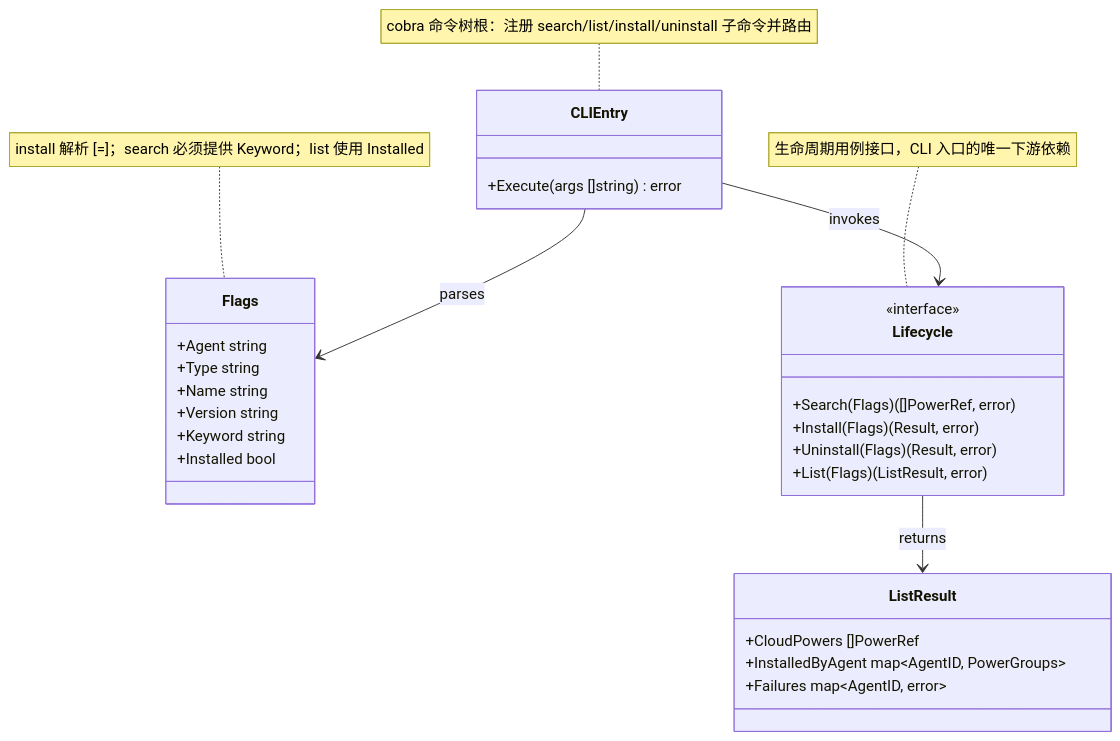
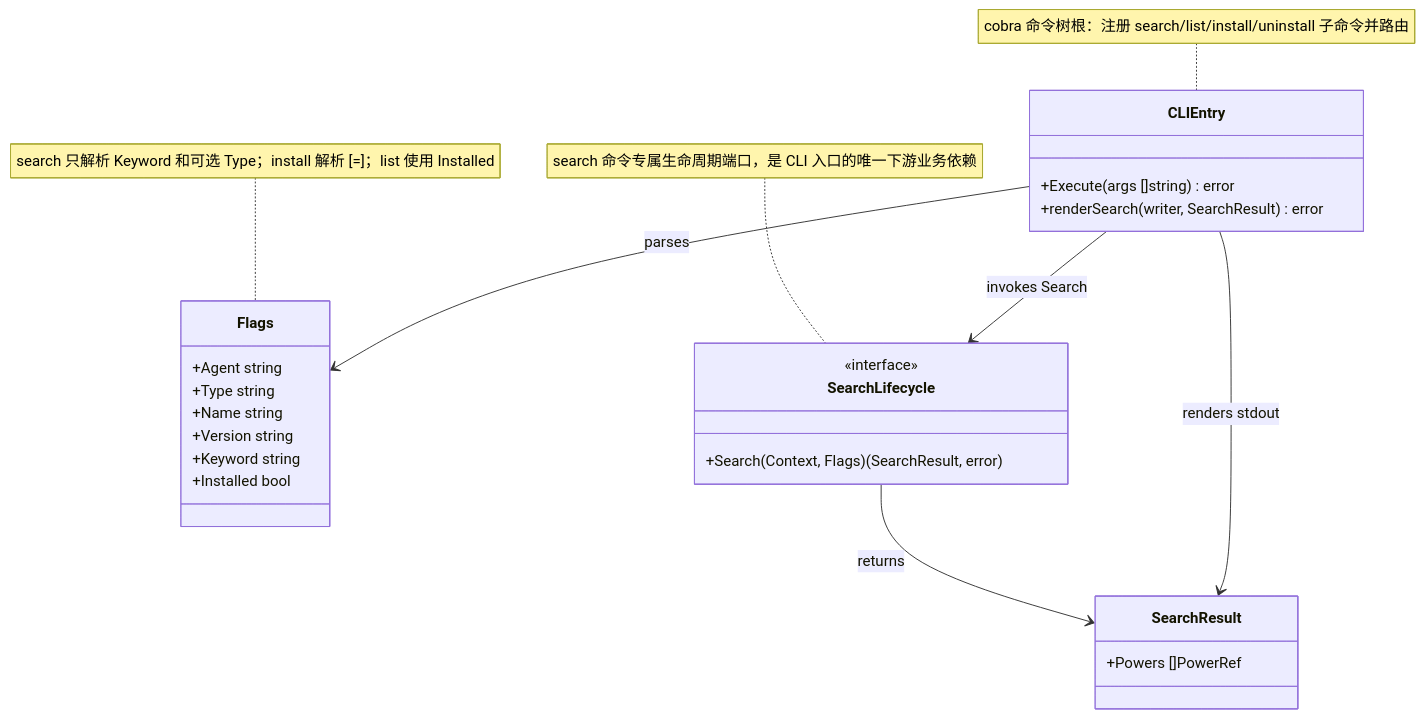
The diagram in ivory-tower/c4/components/apm-cli-diagrams/cli-entry.mmd (spacemit-com/agent-power-manager), drawn with Mermaid before and after one commit. The commit also changed 9 other files, not shown here.

Commit message:
docs(search): revise lifecycle lock boundary

```diff
--- a/ivory-tower/c4/components/apm-cli-diagrams/cli-entry.mmd
+++ b/ivory-tower/c4/components/apm-cli-diagrams/cli-entry.mmd
@@ -1,34 +1,31 @@
 classDiagram
-    note for Flags "install 解析 <power>[=<version>]；search 必须提供 Keyword；list 使用 Installed"
+    note for Flags "search 只解析 Keyword 和可选 Type；install 解析 <power>[=<version>]；list 使用 Installed"
     class Flags {
         +Agent string
         +Type string
         +Name string
         +Version string
         +Keyword string
         +Installed bool
     }
 
-    class ListResult {
-        +CloudPowers []PowerRef
-        +InstalledByAgent map~AgentID, PowerGroups~
-        +Failures map~AgentID, error~
+    class SearchResult {
+        +Powers []PowerRef
     }
 
     note for CLIEntry "cobra 命令树根：注册 search/list/install/uninstall 子命令并路由"
     class CLIEntry {
         +Execute(args []string) error
+        +renderSearch(writer, SearchResult) error
     }
 
-    note for Lifecycle "生命周期用例接口，CLI 入口的唯一下游依赖"
-    class Lifecycle {
+    note for SearchLifecycle "search 命令专属生命周期端口，是 CLI 入口的唯一下游业务依赖"
+    class SearchLifecycle {
         <<interface>>
-        +Search(Flags) ([]PowerRef, error)
-        +Install(Flags) (Result, error)
-        +Uninstall(Flags) (Result, error)
-        +List(Flags) (ListResult, error)
+        +Search(Context, Flags) (SearchResult, error)
     }
 
     CLIEntry --> Flags : parses
-    CLIEntry --> Lifecycle : invokes
-    Lifecycle --> ListResult : returns
+    CLIEntry --> SearchLifecycle : invokes Search
+    SearchLifecycle --> SearchResult : returns
+    CLIEntry --> SearchResult : renders stdout
```
